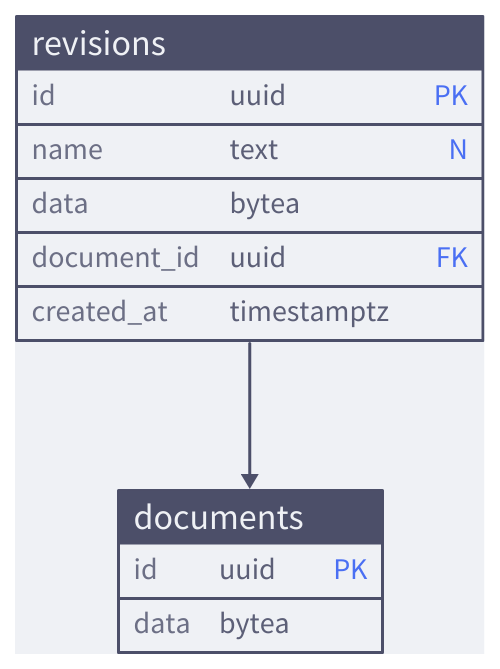
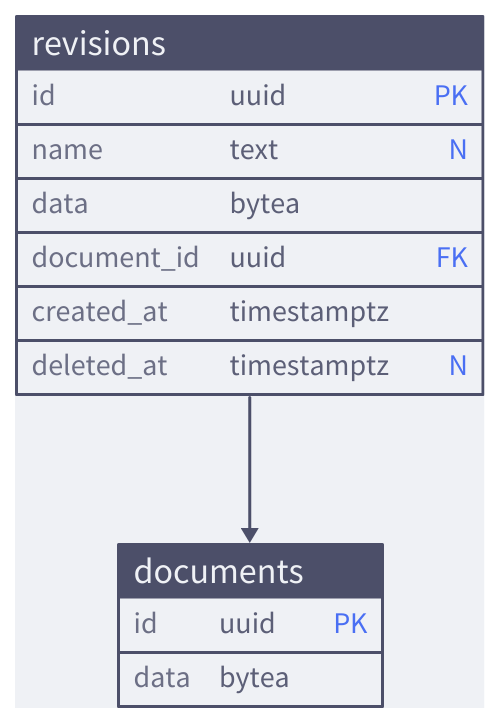
The second of 2 diagrams in docs/src/references/database.md (notopia-uit/notopia), drawn with D2 before and after one commit. The commit also changed 19 other files, not shown here.

````diff
--- a/docs/src/references/database.md
+++ b/docs/src/references/database.md
@@ -103,43 +103,44 @@
 ```d2
 vars: {
   d2-config: {
     layout-engine: elk
     theme-overrides: {
       N1: "#4c4f69"
       N2: "#5c5f77"
       N4: "#acb0be"
       N5: "#ccd0da"
       N7: "#eff1f5"
       B1: "#4c4f69"
       B2: "#6c6f85"
       B3: "#bcc0cc"
       B4: "#ccd0da"
       B5: "#dce0e8"
       B6: "#eff1f5"
       AA4: "#1e66f5"
       AA5: "#7287fd"
       AB4: "#8839ef"
       AB5: "#dc8a78"
     }
   }
 }
 
 documents: {
   id: uuid {constraint: PK}
   data: bytea
 
   shape: sql_table
 }
 
 revisions: {
   id: uuid {constraint: PK}
   name: text {constraint: N}
   data: bytea
   document_id: uuid {constraint: FK}
   created_at: timestamptz
+  deleted_at: timestamptz {constraint: N}
 
   shape: sql_table
 }
 
 revisions.document_id -> documents.id
 ```
````
